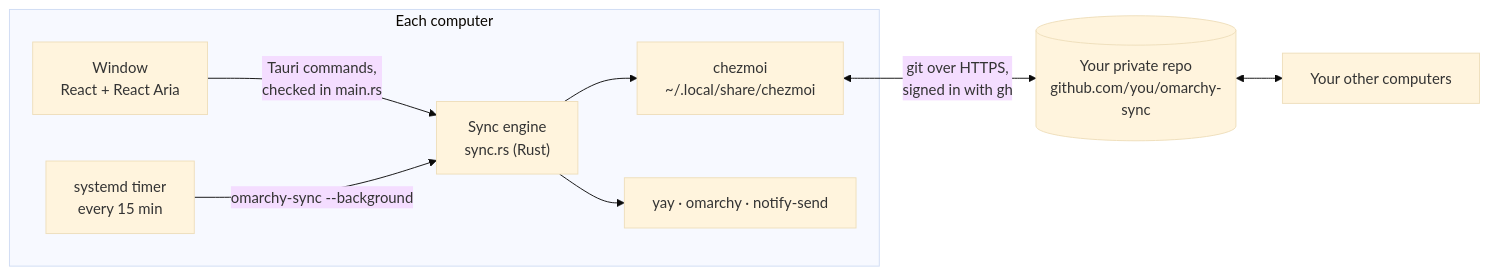
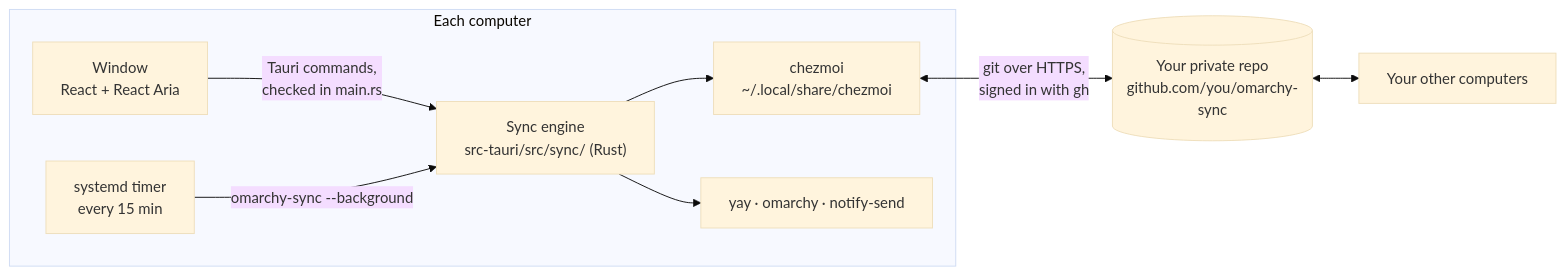
The diagram in README.md (tsubaie/OmaSync), drawn with Mermaid (base theme) before and after one commit. The commit also changed other lines of this file and 9 other files, not shown here.

First line of the commit message:
Split sync.rs, 3 of 3: the engine, staging and the overview

````diff
--- a/README.md
+++ b/README.md
@@ -201,11 +201,11 @@
 ```mermaid
 flowchart LR
   subgraph PC["Each computer"]
-    UI["Window<br/>React + React Aria"] -->|Tauri commands,<br/>checked in main.rs| Engine["Sync engine<br/>sync.rs (Rust)"]
+    UI["Window<br/>React + React Aria"] -->|Tauri commands,<br/>checked in main.rs| Engine["Sync engine<br/>src-tauri/src/sync/ (Rust)"]
     Timer["systemd timer<br/>every 15 min"] -->|omarchy-sync --background| Engine
     Engine --> Chezmoi["chezmoi<br/>~/.local/share/chezmoi"]
     Engine --> Tools["yay · omarchy · notify-send"]
   end
   Chezmoi <-->|git over HTTPS,<br/>signed in with gh| Repo[("Your private repo<br/>github.com/you/omarchy-sync")]
   Repo <--> Other["Your other computers"]
 ```
````
